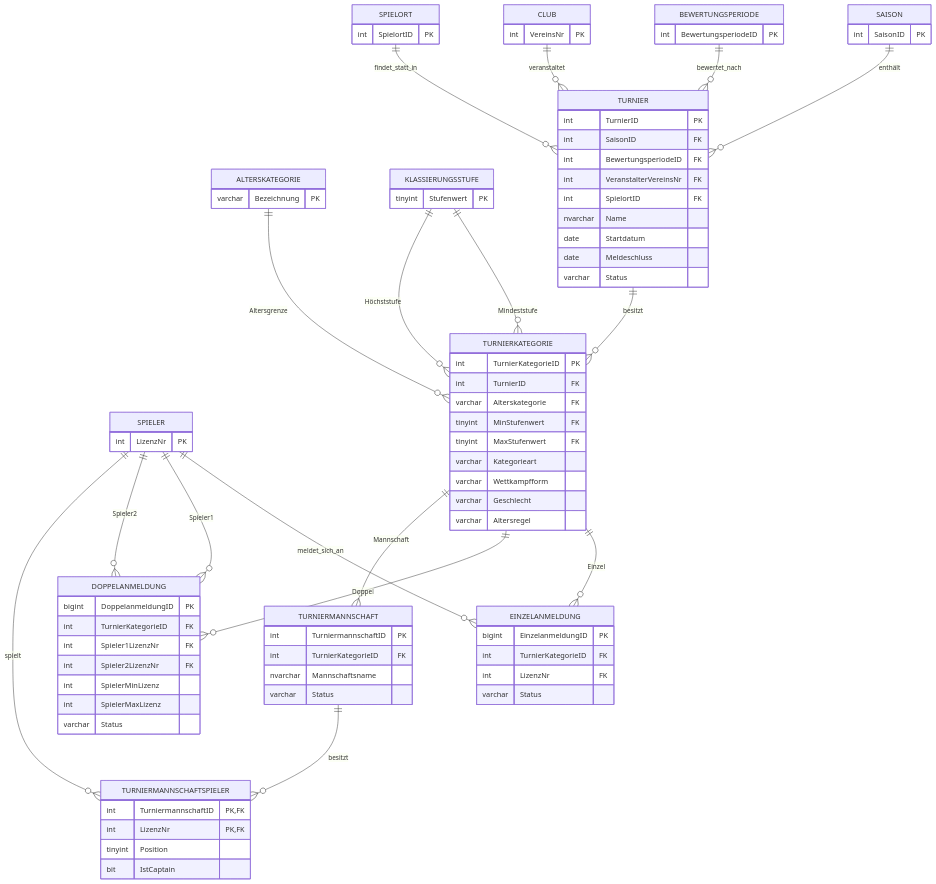
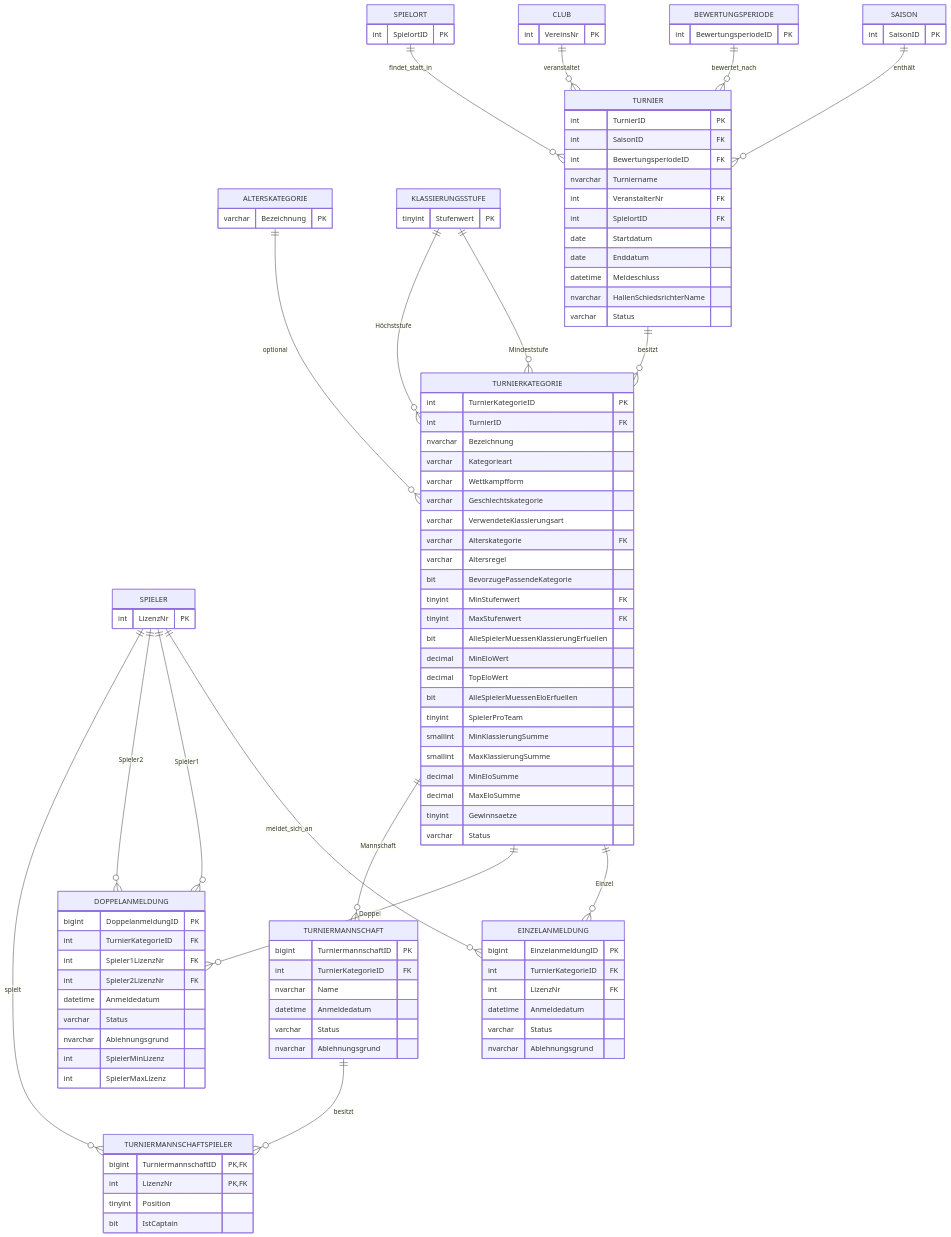
One commit to 19boboy97/STT-DB_Modularbeit2 changed the sixth of 7 diagrams in docs/ER-Diagramm.md. Above: the diagram before and after it, drawn with Mermaid. The commit also changed other lines of this file, not shown here.

Commit message:
Correct ER diagram schema details

````diff
--- a/docs/ER-Diagramm.md
+++ b/docs/ER-Diagramm.md
@@ -451,5 +514,6 @@
-``` mermaid
+```mermaid
 erDiagram
+
     SAISON {
         int SaisonID PK
     }
@@ -482,31 +546,49 @@
         int TurnierID PK
         int SaisonID FK
         int BewertungsperiodeID FK
-        int VeranstalterVereinsNr FK
+        nvarchar Turniername
+        int VeranstalterNr FK
         int SpielortID FK
-        nvarchar Name
         date Startdatum
-        date Meldeschluss
+        date Enddatum
+        datetime Meldeschluss
+        nvarchar HallenSchiedsrichterName
         varchar Status
     }
 
     TURNIERKATEGORIE {
         int TurnierKategorieID PK
         int TurnierID FK
+        nvarchar Bezeichnung
+        varchar Kategorieart
+        varchar Wettkampfform
+        varchar Geschlechtskategorie
+        varchar VerwendeteKlassierungsart
         varchar Alterskategorie FK
+        varchar Altersregel
+        bit BevorzugePassendeKategorie
         tinyint MinStufenwert FK
         tinyint MaxStufenwert FK
-        varchar Kategorieart
-        varchar Wettkampfform
-        varchar Geschlecht
-        varchar Altersregel
+        bit AlleSpielerMuessenKlassierungErfuellen
+        decimal MinEloWert
+        decimal TopEloWert
+        bit AlleSpielerMuessenEloErfuellen
+        tinyint SpielerProTeam
+        smallint MinKlassierungSumme
+        smallint MaxKlassierungSumme
+        decimal MinEloSumme
+        decimal MaxEloSumme
+        tinyint Gewinnsaetze
+        varchar Status
     }
 
     EINZELANMELDUNG {
         bigint EinzelanmeldungID PK
         int TurnierKategorieID FK
         int LizenzNr FK
+        datetime Anmeldedatum
         varchar Status
+        nvarchar Ablehnungsgrund
     }
 
     DOPPELANMELDUNG {
@@ -514,20 +596,24 @@
         int TurnierKategorieID FK
         int Spieler1LizenzNr FK
         int Spieler2LizenzNr FK
+        datetime Anmeldedatum
+        varchar Status
+        nvarchar Ablehnungsgrund
         int SpielerMinLizenz
         int SpielerMaxLizenz
-        varchar Status
     }
 
     TURNIERMANNSCHAFT {
-        int TurniermannschaftID PK
+        bigint TurniermannschaftID PK
         int TurnierKategorieID FK
-        nvarchar Mannschaftsname
+        nvarchar Name
+        datetime Anmeldedatum
         varchar Status
+        nvarchar Ablehnungsgrund
     }
 
     TURNIERMANNSCHAFTSPIELER {
-        int TurniermannschaftID PK,FK
+        bigint TurniermannschaftID PK,FK
         int LizenzNr PK,FK
         tinyint Position
         bit IstCaptain
@@ -539,7 +625,7 @@
     SPIELORT ||--o{ TURNIER : findet_statt_in
 
     TURNIER ||--o{ TURNIERKATEGORIE : besitzt
-    ALTERSKATEGORIE ||--o{ TURNIERKATEGORIE : Altersgrenze
+    ALTERSKATEGORIE ||--o{ TURNIERKATEGORIE : optional
     KLASSIERUNGSSTUFE ||--o{ TURNIERKATEGORIE : Mindeststufe
     KLASSIERUNGSSTUFE ||--o{ TURNIERKATEGORIE : Höchststufe
 
````
